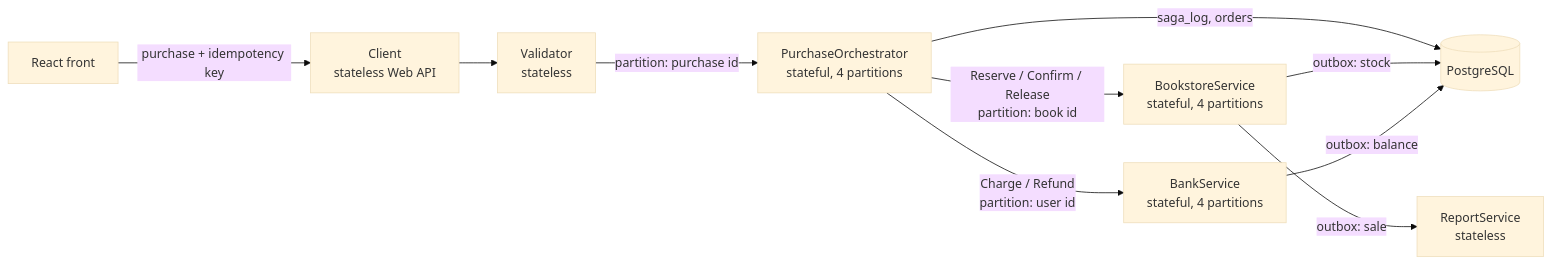
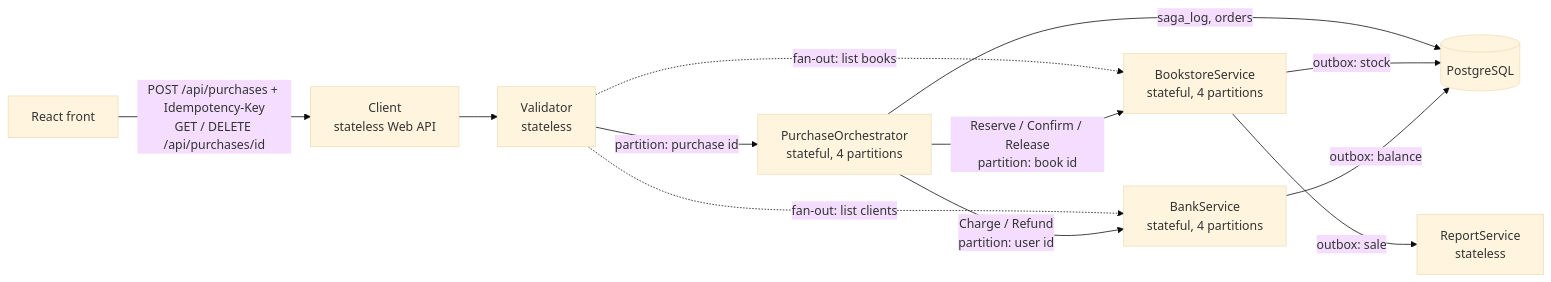
The first of 2 diagrams in README.md (dusvn/Cloud-Computing-Task), drawn with Mermaid (base theme) before and after one commit. The commit also changed other lines of this file, not shown here.

Commit message:
update diagram

````diff
--- a/README.md
+++ b/README.md
@@ -5,12 +5,14 @@
 ```mermaid
 flowchart LR
-    FE[React front] -->|purchase + idempotency key| C[Client<br/>stateless Web API]
+    FE[React front] -->|POST /api/purchases + Idempotency-Key<br/>GET / DELETE /api/purchases/id| C[Client<br/>stateless Web API]
     C --> V[Validator<br/>stateless]
     V -->|partition: purchase id| O[PurchaseOrchestrator<br/>stateful, 4 partitions]
+    V -.->|fan-out: list books| B
+    V -.->|fan-out: list clients| K
     O -->|Reserve / Confirm / Release<br/>partition: book id| B[BookstoreService<br/>stateful, 4 partitions]
     O -->|Charge / Refund<br/>partition: user id| K[BankService<br/>stateful, 4 partitions]
     O -->|saga_log, orders| DB[(PostgreSQL)]
     B -->|outbox: stock| DB
     B -->|outbox: sale| R[ReportService<br/>stateless]
     K -->|outbox: balance| DB
 ```
````
